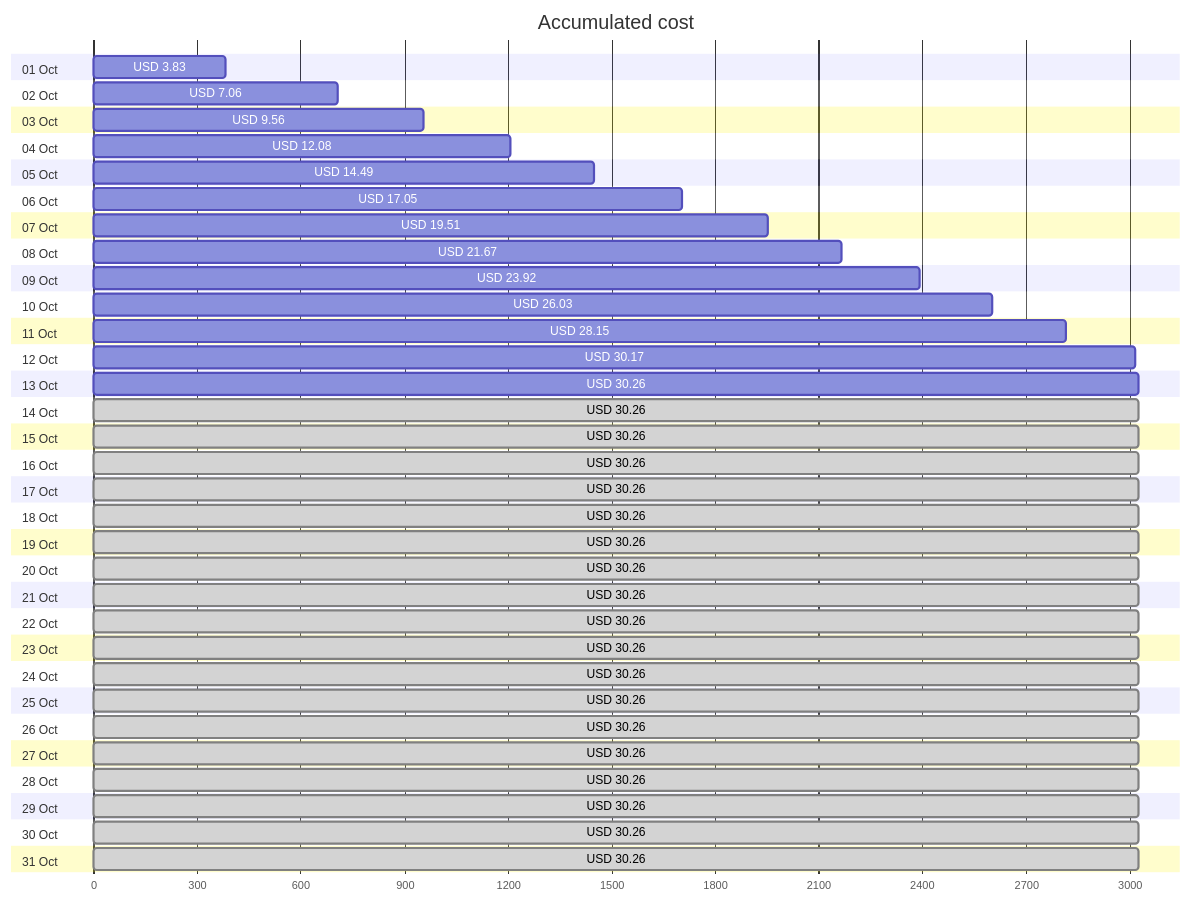
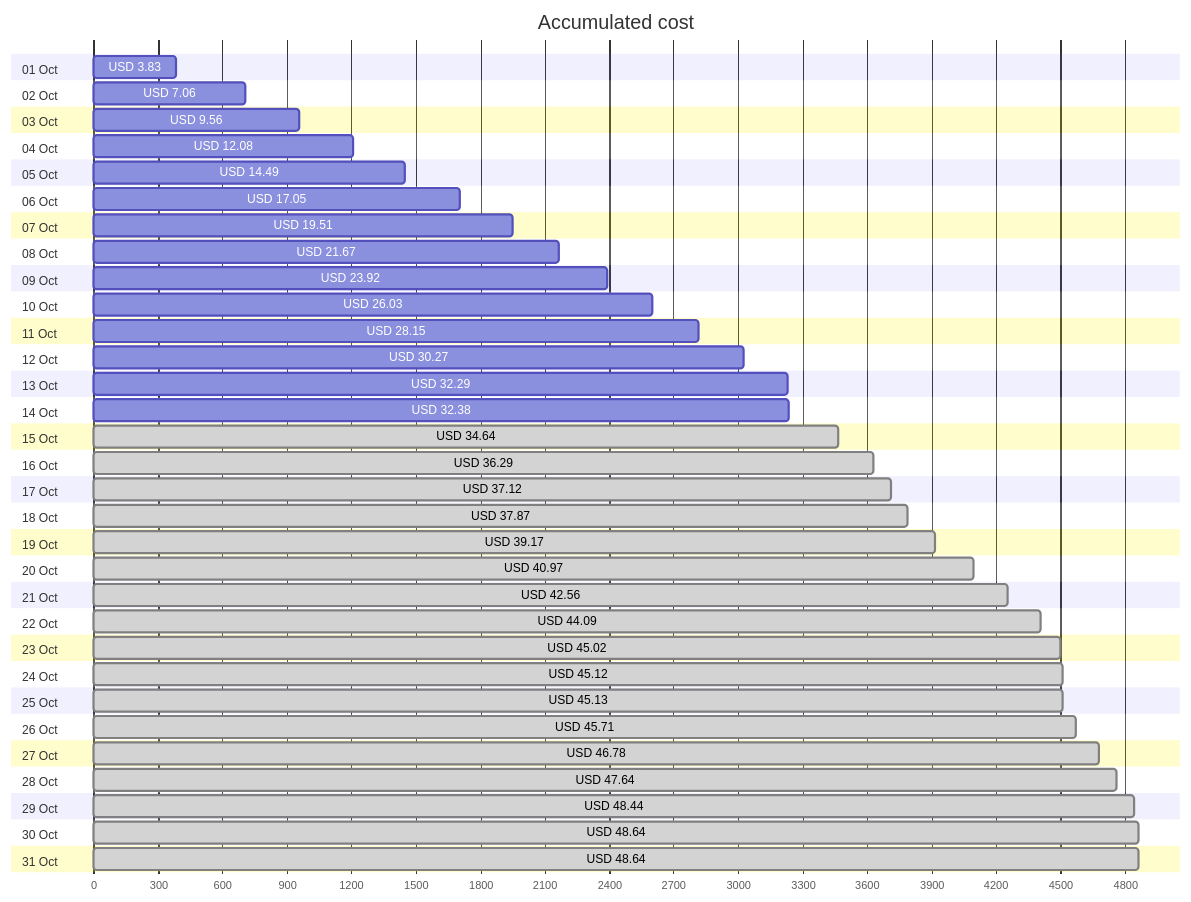
The first of 4 diagrams in cost-reports/accumulated-cost.md (jpfulton/azure-personal-reports), drawn with Mermaid before and after one commit. The commit also changed other lines of this file and 4 other files, not shown here.

````diff
--- a/cost-reports/accumulated-cost.md
+++ b/cost-reports/accumulated-cost.md
@@ -20,68 +20,68 @@
 ```mermaid
 gantt
    title Accumulated cost
    dateFormat  X
    axisFormat %s
    section 01 Oct
    USD 3.83 :0, 383
    section 02 Oct
    USD 7.06 :0, 706
    section 03 Oct
    USD 9.56 :0, 956
    section 04 Oct
    USD 12.08 :0, 1208
    section 05 Oct
    USD 14.49 :0, 1449
    section 06 Oct
    USD 17.05 :0, 1705
    section 07 Oct
    USD 19.51 :0, 1951
    section 08 Oct
    USD 21.67 :0, 2167
    section 09 Oct
    USD 23.92 :0, 2392
    section 10 Oct
    USD 26.03 :0, 2603
    section 11 Oct
    USD 28.15 :0, 2815
    section 12 Oct
-   USD 30.17 :0, 3017
+   USD 30.27 :0, 3027
    section 13 Oct
-   USD 30.26 :0, 3026
+   USD 32.29 :0, 3229
    section 14 Oct
-   USD 30.26 : done, 0, 3026
+   USD 32.38 :0, 3238
    section 15 Oct
-   USD 30.26 : done, 0, 3026
+   USD 34.64 : done, 0, 3464
    section 16 Oct
-   USD 30.26 : done, 0, 3026
+   USD 36.29 : done, 0, 3629
    section 17 Oct
-   USD 30.26 : done, 0, 3026
+   USD 37.12 : done, 0, 3712
    section 18 Oct
-   USD 30.26 : done, 0, 3026
+   USD 37.87 : done, 0, 3787
    section 19 Oct
-   USD 30.26 : done, 0, 3026
+   USD 39.17 : done, 0, 3917
    section 20 Oct
-   USD 30.26 : done, 0, 3026
+   USD 40.97 : done, 0, 4097
    section 21 Oct
-   USD 30.26 : done, 0, 3026
+   USD 42.56 : done, 0, 4256
    section 22 Oct
-   USD 30.26 : done, 0, 3026
+   USD 44.09 : done, 0, 4409
    section 23 Oct
-   USD 30.26 : done, 0, 3026
+   USD 45.02 : done, 0, 4502
    section 24 Oct
-   USD 30.26 : done, 0, 3026
+   USD 45.12 : done, 0, 4512
    section 25 Oct
-   USD 30.26 : done, 0, 3026
+   USD 45.13 : done, 0, 4513
    section 26 Oct
-   USD 30.26 : done, 0, 3026
+   USD 45.71 : done, 0, 4571
    section 27 Oct
-   USD 30.26 : done, 0, 3026
+   USD 46.78 : done, 0, 4678
    section 28 Oct
-   USD 30.26 : done, 0, 3026
+   USD 47.64 : done, 0, 4764
    section 29 Oct
-   USD 30.26 : done, 0, 3026
+   USD 48.44 : done, 0, 4844
    section 30 Oct
-   USD 30.26 : done, 0, 3026
+   USD 48.64 : done, 0, 4864
    section 31 Oct
-   USD 30.26 : done, 0, 3026
+   USD 48.64 : done, 0, 4864
 ```
````
